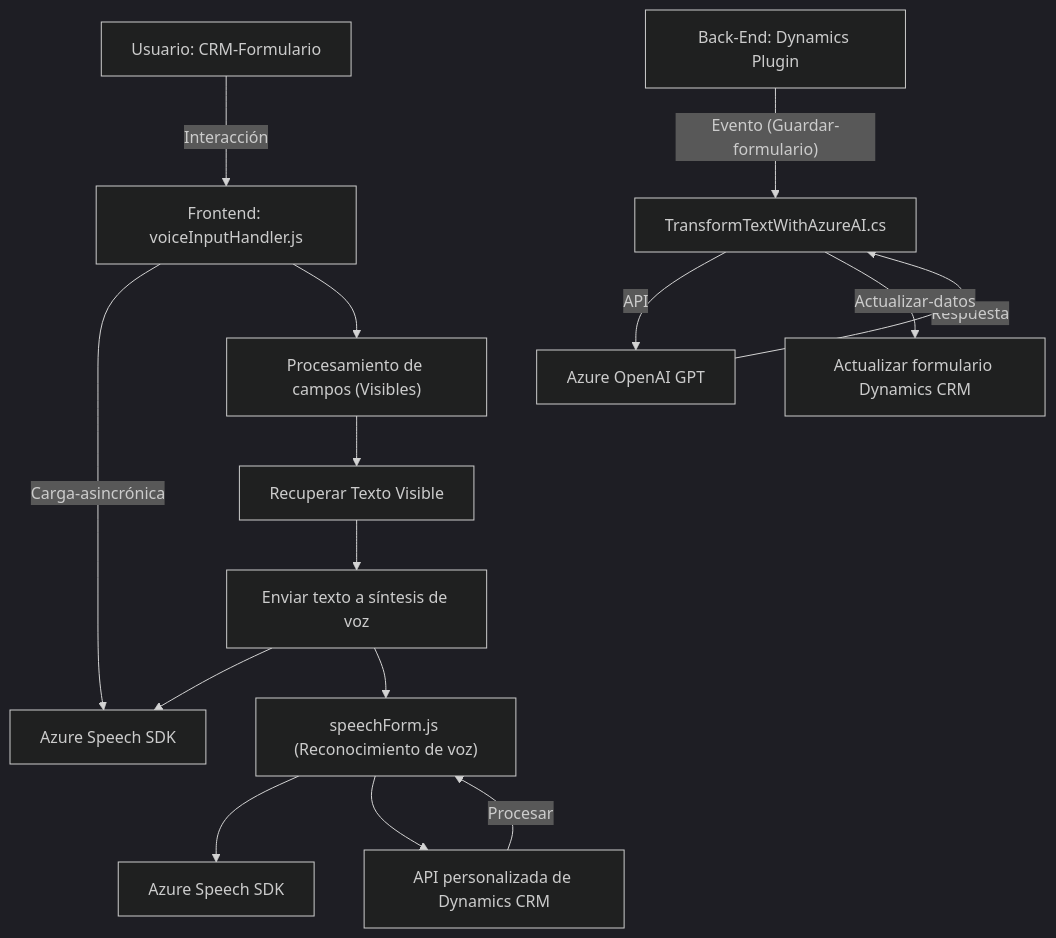
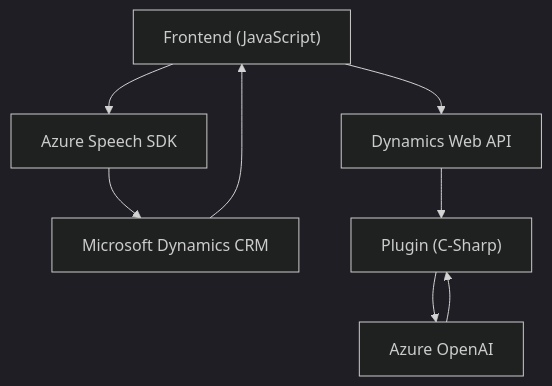
The diagram in README.md (blopezdm/NETCORE_BILBAO2025), drawn with Mermaid (dark theme) before and after one commit. The commit also changed other lines of this file, not shown here.

Commit message:
Actualizar análisis global de la solución con IA

````diff
--- a/README.md
+++ b/README.md
@@ -42,19 +42,17 @@
 ```mermaid
 graph TD
-    A["Usuario: CRM-Formulario"] -- Interacción --> B["Frontend: voiceInputHandler.js"]
-    B -- Carga-asincrónica --> C["Azure Speech SDK"]
-    B --> D["Procesamiento de campos (Visibles)"]
-    D --> E["Recuperar Texto Visible"]
-    E --> F["Enviar texto a síntesis de voz"]
-    F --> C
-    
-    G["Back-End: Dynamics Plugin"] -- Evento (Guardar-formulario) --> H["TransformTextWithAzureAI.cs"]
-    H -- API --> I["Azure OpenAI GPT"]
-    I -- Respuesta --> H
-    H -- Actualizar-datos --> J["Actualizar formulario Dynamics CRM"]
+    A["Frontend (JavaScript)"]
+    B["Azure Speech SDK"]
+    C["Microsoft Dynamics CRM"]
+    D["Dynamics Web API"]
+    E["Azure OpenAI"]
+    F["Plugin (C-Sharp)"]
 
-    F --> K["speechForm.js (Reconocimiento de voz)"]
-    K --> L["Azure Speech SDK"]
-    K --> M["API personalizada de Dynamics CRM"]
-    M -- Procesar --> K
+    A --> B
+    A --> D
+    B --> C
+    D --> F
+    F --> E
+    E --> F
+    C --> A
 ```
````
